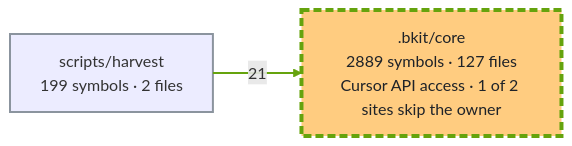
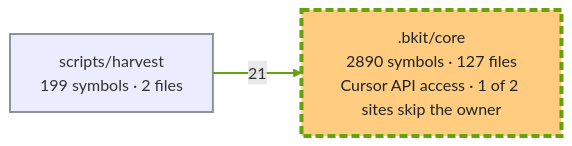
One commit to cbartens/bkit changed the first of 2 diagrams in docs/capabilities.md. Above: the diagram before and after it, drawn with Mermaid. The commit also changed other lines of this file, not shown here.

````diff
--- a/docs/capabilities.md
+++ b/docs/capabilities.md
@@ -150,16 +150,16 @@
 ```mermaid
 ---
 config:
   layout: elk
   flowchart:
     useMaxWidth: false
 ---
 flowchart LR
-  %% Generated by bkit-graphify-rollup.py from abf06a91fd11ef71d4d67521166a76242db30c74 — do not edit
-  n_bkit_core[".bkit/core<br/>2889 symbols · 127 files<br/>Cursor API access · 1 of 2 sites skip the owner"]
+  %% Generated by bkit-graphify-rollup.py from 00e2582656e3ae13f033200f4c006c17e75bc607 — do not edit
+  n_bkit_core[".bkit/core<br/>2890 symbols · 127 files<br/>Cursor API access · 1 of 2 sites skip the owner"]
   nscripts_harvest["scripts/harvest<br/>199 symbols · 2 files"]
   nscripts_harvest -->|21| n_bkit_core
   style n_bkit_core stroke:#65a30d,stroke-width:4px,stroke-dasharray:8 4,fill:#ffcc80,color:#1f2328
   style nscripts_harvest stroke:#8b949e,stroke-width:2px
   linkStyle 0 stroke:#65a30d,stroke-width:2px
 ```
````
